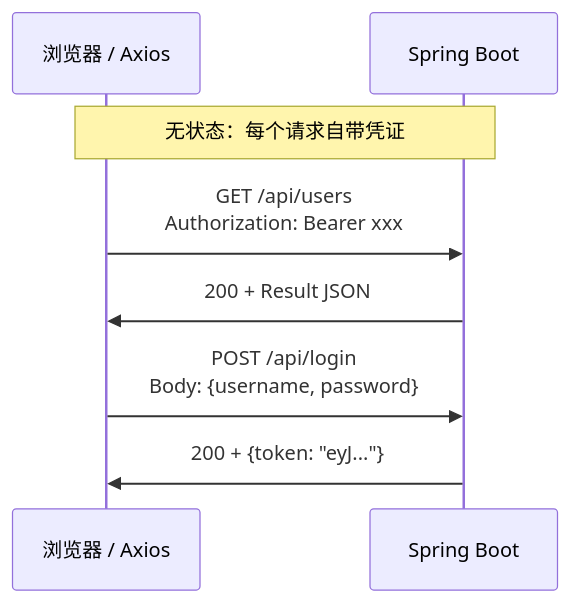
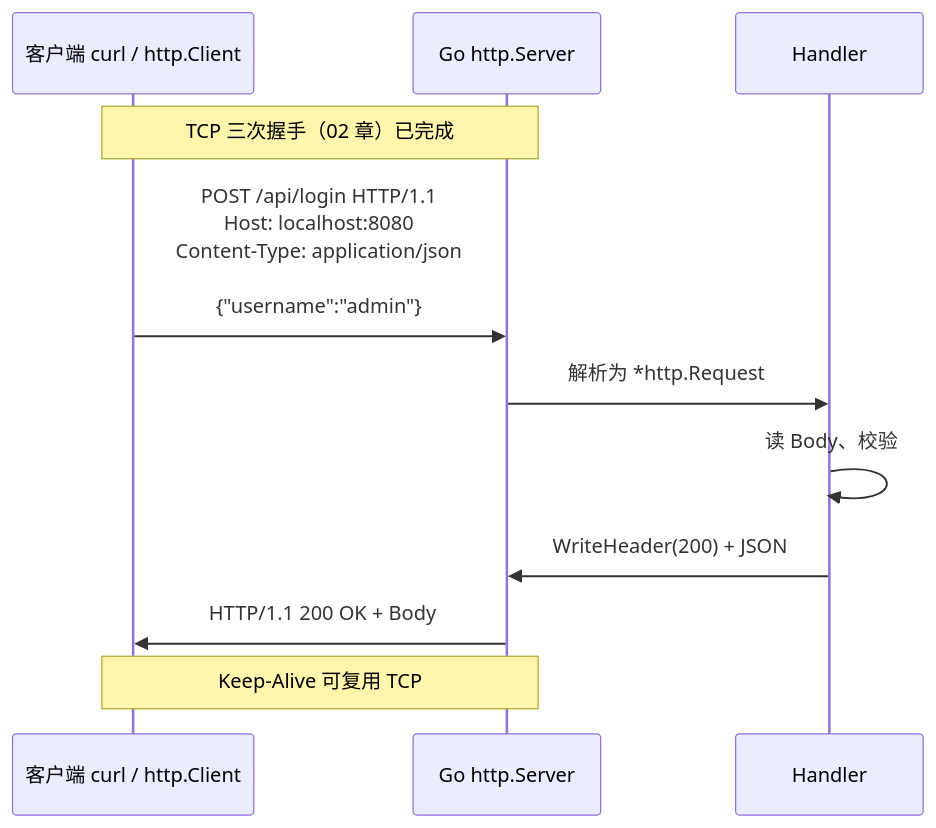
Before and after one commit to moqix26/study: the second of 4 diagrams in 前端学习/计算机网络/04-HTTP协议深入.md, drawn with Mermaid. The commit also changed other lines of this file and 10 other files, not shown here.

````diff
--- a/前端学习/计算机网络/04-HTTP协议深入.md
+++ b/前端学习/计算机网络/04-HTTP协议深入.md
@@ -130,10 +118,14 @@
 ```mermaid
 sequenceDiagram
-    participant C as 浏览器 / Axios
-    participant S as Spring Boot
-    Note over C,S: 无状态：每个请求自带凭证
-    C->>S: GET /api/users<br/>Authorization: Bearer xxx
-    S->>C: 200 + Result JSON
-    C->>S: POST /api/login<br/>Body: {username, password}
-    S->>C: 200 + {token: "eyJ..."}
+    participant C as 客户端 curl / http.Client
+    participant S as Go http.Server
+    participant H as Handler
+
+    Note over C,S: TCP 三次握手（02 章）已完成
+    C->>S: POST /api/login HTTP/1.1<br/>Host: localhost:8080<br/>Content-Type: application/json<br/><br/>{"username":"admin"}
+    S->>H: 解析为 *http.Request
+    H->>H: 读 Body、校验
+    H->>S: WriteHeader(200) + JSON
+    S->>C: HTTP/1.1 200 OK + Body
+    Note over C,S: Keep-Alive 可复用 TCP
 ```
````
